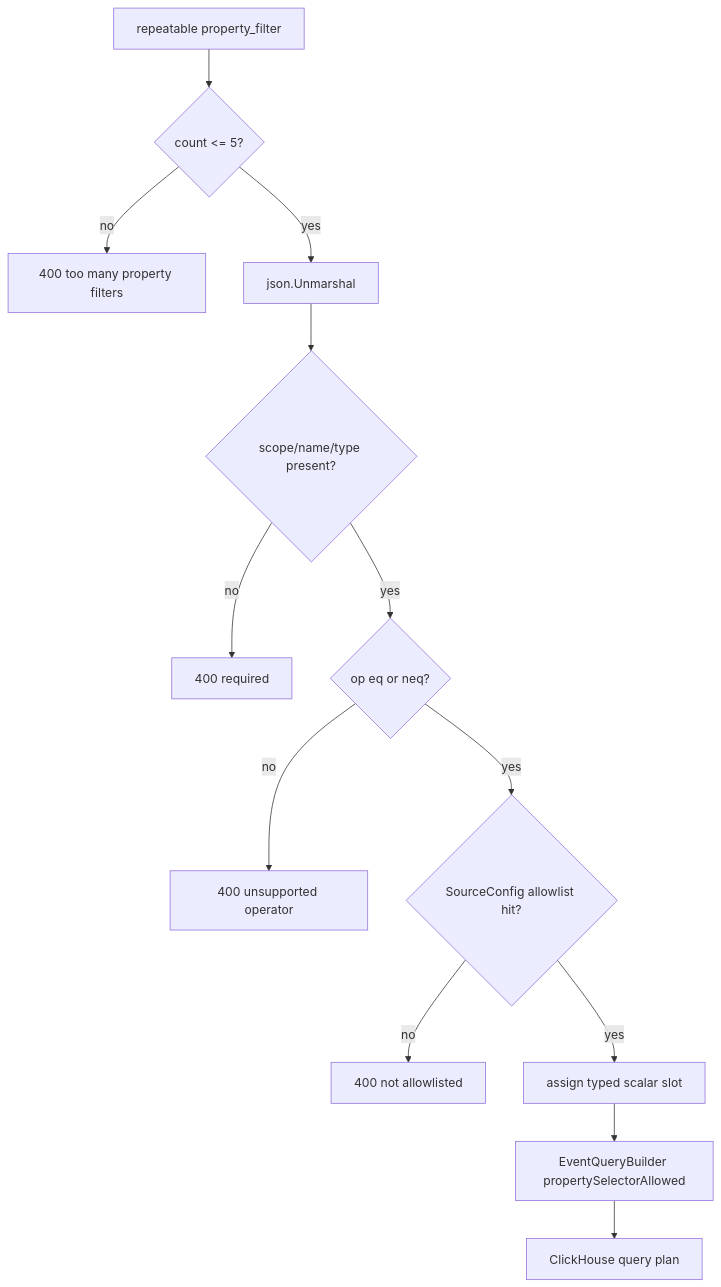
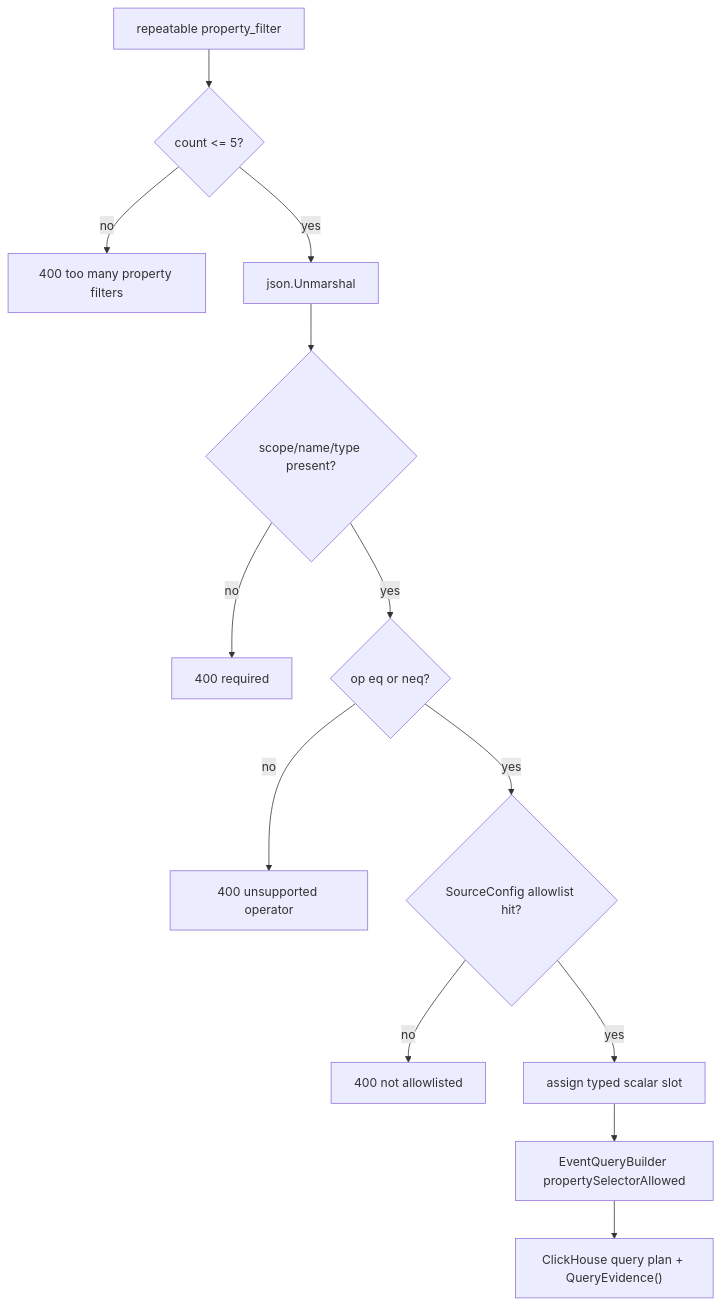
One commit to RoggerZ/uba changed diagram 12 of 12 in docs/analytics-source-reading/collectapi-query-and-tracker-flow.md. Above: the diagram before and after it, drawn with Mermaid. The commit also changed other lines of this file and 5 other files, not shown here.

````diff
--- a/docs/analytics-source-reading/collectapi-query-and-tracker-flow.md
+++ b/docs/analytics-source-reading/collectapi-query-and-tracker-flow.md
@@ -1374,15 +1374,15 @@
 ```mermaid
 flowchart TD
     Raw["repeatable property_filter"] --> Count{"count <= 5?"}
     Count -- "no" --> TooMany["400 too many property filters"]
     Count -- "yes" --> JSON["json.Unmarshal"]
     JSON --> Required{"scope/name/type present?"}
     Required -- "no" --> BadRequired["400 required"]
     Required -- "yes" --> Operator{"op eq or neq?"}
     Operator -- "no" --> BadOp["400 unsupported operator"]
     Operator -- "yes" --> SourceAllow{"SourceConfig allowlist hit?"}
     SourceAllow -- "no" --> NotAllowed["400 not allowlisted"]
     SourceAllow -- "yes" --> Typed["assign typed scalar slot"]
     Typed --> CoreGuard["EventQueryBuilder propertySelectorAllowed"]
-    CoreGuard --> Query["ClickHouse query plan"]
+    CoreGuard --> Query["ClickHouse query plan + QueryEvidence()"]
 ```
````
